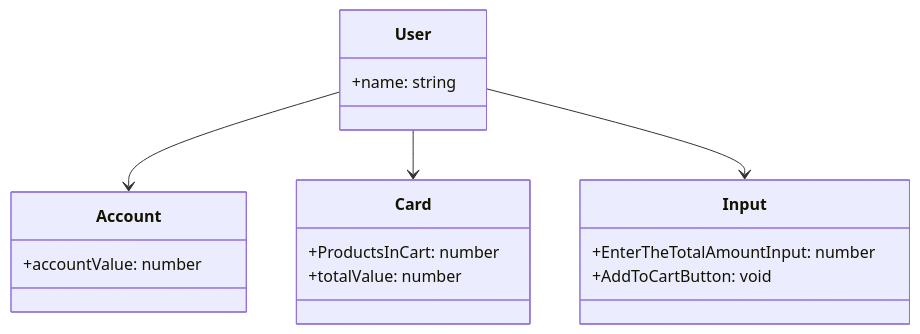
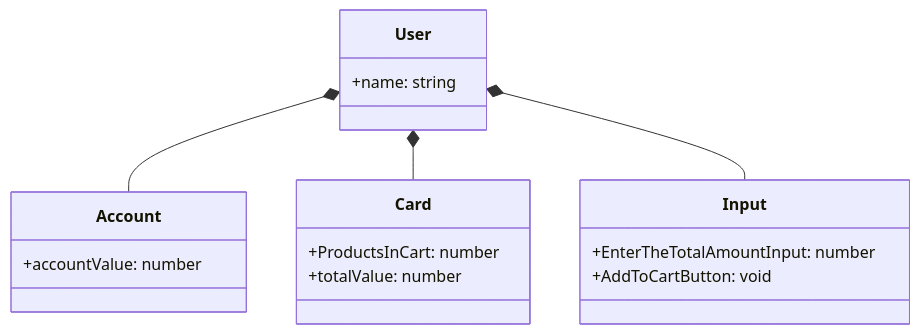
The diagram in README.md (leoIribarne/API_java_17), drawn with Mermaid before and after one commit.

````diff
--- a/README.md
+++ b/README.md
@@ -3,22 +3,22 @@
 ```mermaid
 classDiagram
     class User {
         +name: string
     }
     class Account {
         +accountValue: number
     }
     class Card {
         +ProductsInCart: number
         +totalValue: number
     }
     class Input {
         +EnterTheTotalAmountInput: number
         +AddToCartButton: void
     }
 
-    User --> Account
-    User --> Card
-    User --> Input
+    User *-- Account
+    User *-- Card
+    User *-- Input
 
 ```
````
